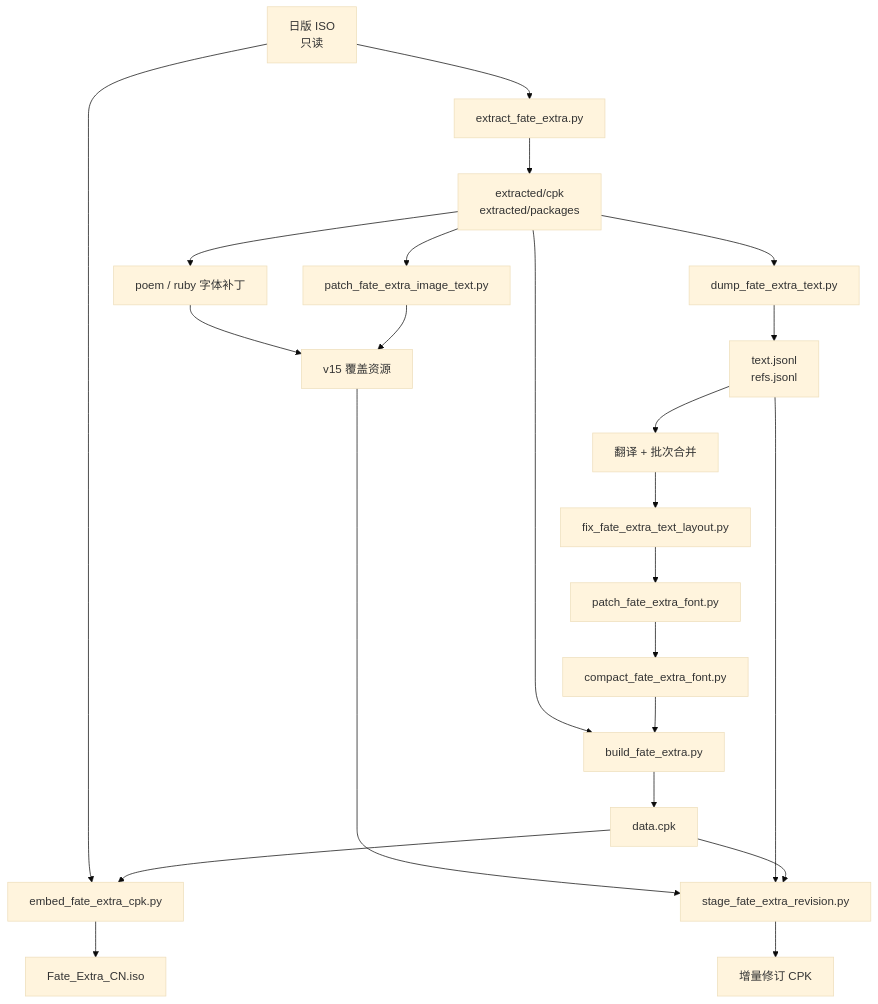
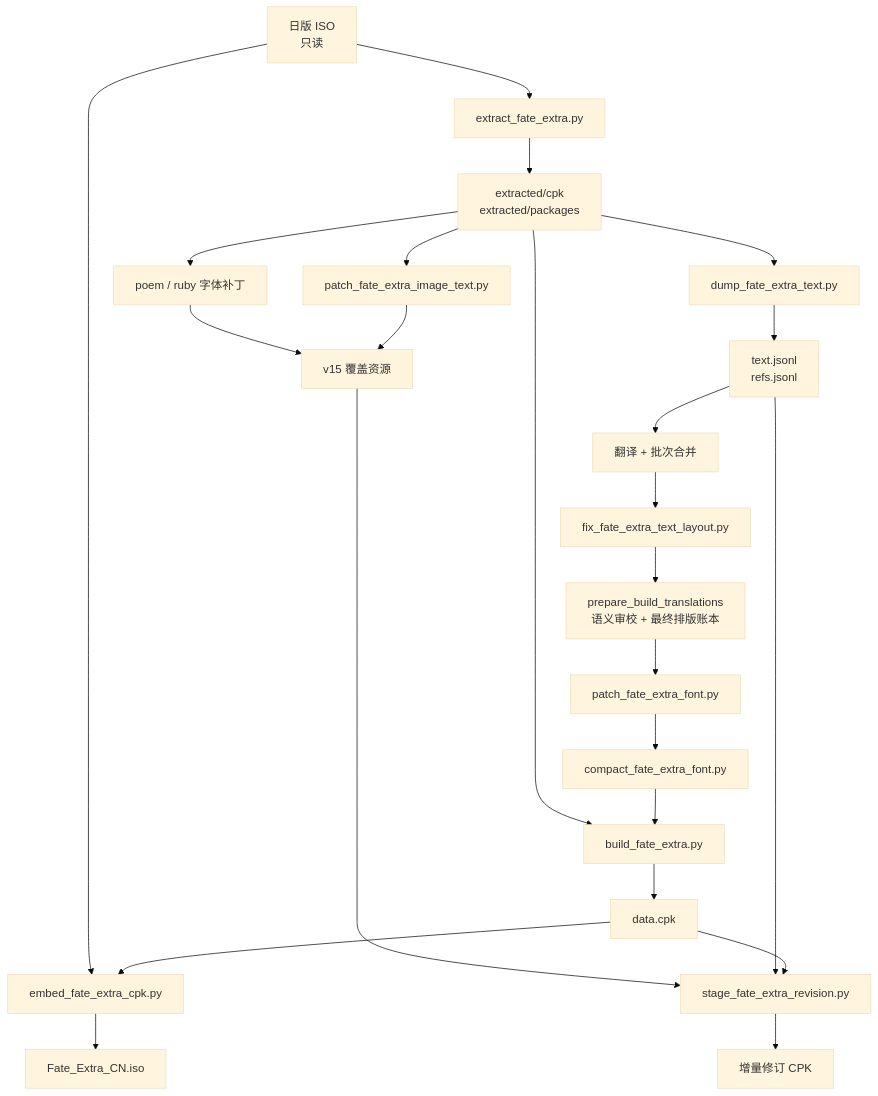
The diagram in docs/01-pipeline.md (ZXTFINAL/fate-extra-cn-localization), drawn with Mermaid (base theme) before and after one commit. The commit also changed other lines of this file and 392 other files, not shown here.

````diff
--- a/docs/01-pipeline.md
+++ b/docs/01-pipeline.md
@@ -27,25 +27,26 @@
 ```mermaid
 flowchart TD
     A[日版 ISO<br/>只读] --> B[extract_fate_extra.py]
     B --> C[extracted/cpk<br/>extracted/packages]
     C --> D[dump_fate_extra_text.py]
     D --> E[text.jsonl<br/>refs.jsonl]
     E --> F[翻译 + 批次合并]
     F --> G[fix_fate_extra_text_layout.py]
-    G --> H[patch_fate_extra_font.py]
+    G --> G2[prepare_build_translations<br/>语义审校 + 最终排版账本]
+    G2 --> H[patch_fate_extra_font.py]
     H --> I[compact_fate_extra_font.py]
     I --> J[build_fate_extra.py]
     C --> J
     J --> K[data.cpk]
     K --> L[embed_fate_extra_cpk.py]
     A --> L
     L --> M[Fate_Extra_CN.iso]
     C --> N[patch_fate_extra_image_text.py]
     C --> O[poem / ruby 字体补丁]
     N --> P[v15 覆盖资源]
     O --> P
     K --> Q[stage_fate_extra_revision.py]
     E --> Q
     P --> Q
     Q --> R[增量修订 CPK]
 ```
````
